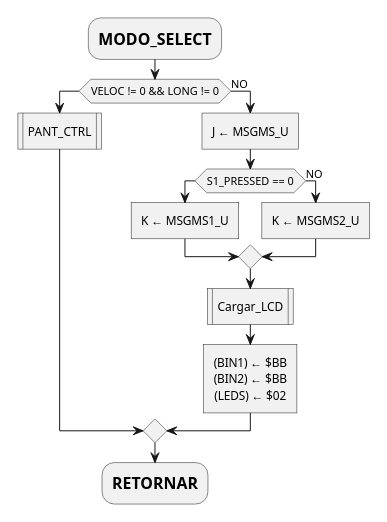
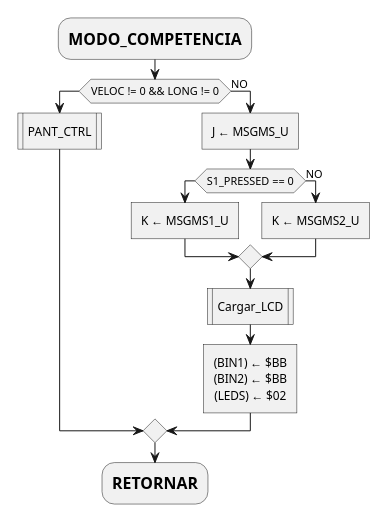
One commit to mlndz28/pr-623 changed the sixth of 23 diagrams in report.md. Above: the diagram before and after it, drawn with PlantUML. The commit also changed other lines of this file, not shown here.

Commit message:
docs: change flowcharts for new specifications

````diff
--- a/report.md
+++ b/report.md
@@ -268,24 +266,24 @@
 ```plantuml
 @startuml
 scale max 300 height
 skinparam monochrome true
 skinparam defaultTextAlignment center
-:=MODO_SELECT;
+:=MODO_COMPETENCIA;
 if(VELOC != 0 && LONG != 0) then 
   :PANT_CTRL|
 else (NO)
   :J ← MSGMS_U]
   if(S1_PRESSED == 0) then 
     :K ← MSGMS1_U]
   else (NO)
     :K ← MSGMS2_U]
   endif
   :Cargar_LCD|
   :(BIN1) ← $BB
   (BIN2) ← $BB
   (LEDS) ← $02]
 endif
 :=RETORNAR;
 
 @enduml
 ```
````
